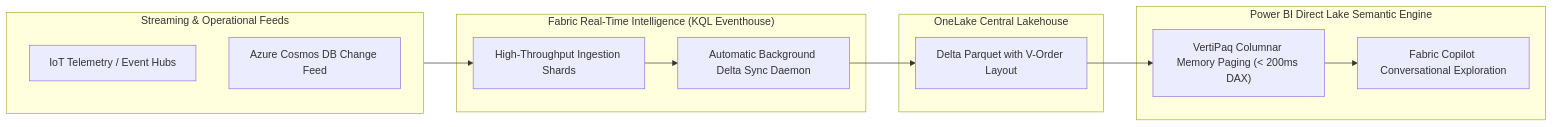
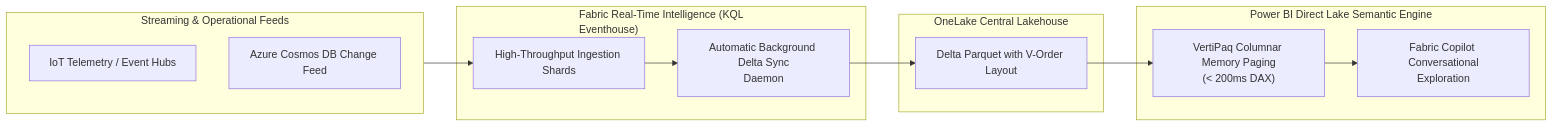
The third of 3 diagrams in architectures/enterprise-lakehouse-fabric.md (santoshjammi29/azure-cheat-sheet), drawn with Mermaid before and after one commit. The commit also changed other lines of this file and 15 other files, not shown here.

Commit message:
fix(diagrams): word-wrap labels and escape comparison operators across all diagrams

````diff
--- a/architectures/enterprise-lakehouse-fabric.md
+++ b/architectures/enterprise-lakehouse-fabric.md
@@ -166,23 +166,23 @@
 ```mermaid
 flowchart LR
     subgraph IngestPlane["Streaming & Operational Feeds"]
         IoT["IoT Telemetry / Event Hubs"]
         CDC["Azure Cosmos DB Change Feed"]
     end
 
-    subgraph EventhouseEngine["Fabric Real-Time Intelligence (KQL Eventhouse)"]
+    subgraph EventhouseEngine["Fabric Real-Time Intelligence (KQL<br/>Eventhouse)"]
         Shards["High-Throughput Ingestion Shards"]
-        DeltaSync["Automatic Background Delta Sync Daemon"]
+        DeltaSync["Automatic Background Delta Sync<br/>Daemon"]
     end
 
     subgraph OneLakeStore["OneLake Central Lakehouse"]
         DeltaParquet["Delta Parquet with V-Order Layout"]
     end
 
     subgraph DirectLakeBI["Power BI Direct Lake Semantic Engine"]
-        VertiPaq["VertiPaq Columnar Memory Paging (< 200ms DAX)"]
-        Copilot["Fabric Copilot Conversational Exploration"]
+        VertiPaq["VertiPaq Columnar Memory Paging<br/>(&lt; 200ms DAX)"]
+        Copilot["Fabric Copilot Conversational<br/>Exploration"]
     end
 
     IngestPlane --> Shards --> DeltaSync --> DeltaParquet --> VertiPaq --> Copilot
 ```
````
